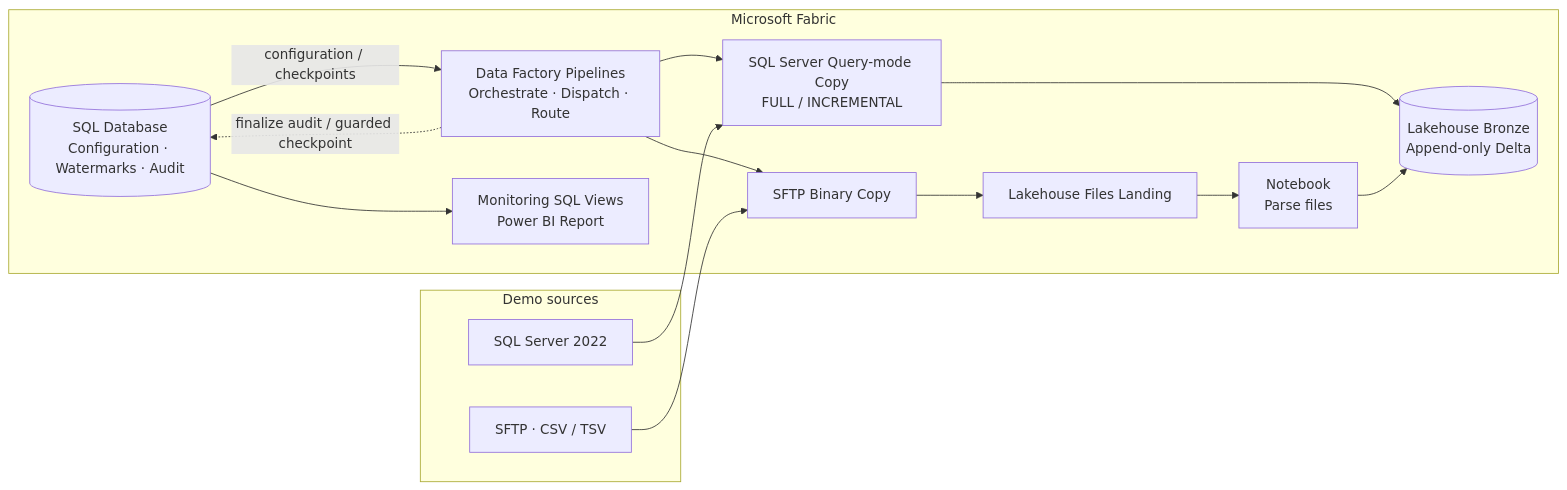
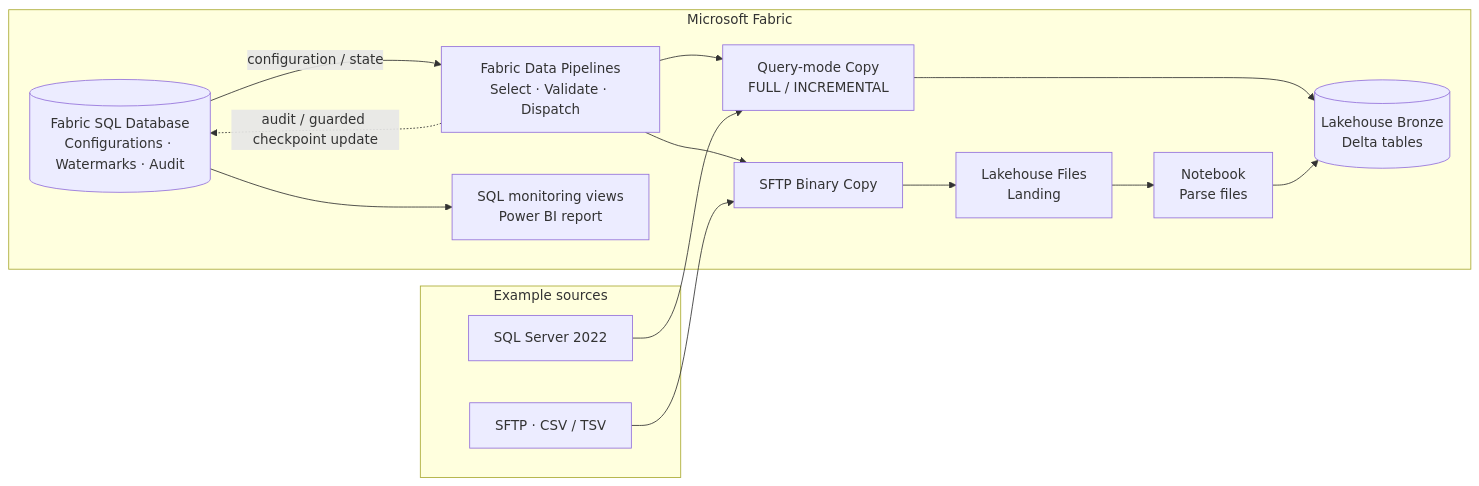
One commit to getnkit/fabric-metadata-driven-ingestion changed the diagram in README.md. Above: the diagram before and after it, drawn with Mermaid. The commit also changed other lines of this file, not shown here.

````diff
--- a/README.md
+++ b/README.md
@@ -9,24 +11,24 @@
 ```mermaid
 flowchart LR
-    subgraph SOURCES["Demo sources"]
+    subgraph SOURCES["Example sources"]
         SQL["SQL Server 2022"]
         SFTP["SFTP · CSV / TSV"]
     end
     subgraph FABRIC["Microsoft Fabric"]
-        META[("SQL Database<br/>Configuration · Watermarks · Audit")]
-        ORCH["Data Factory Pipelines<br/>Orchestrate · Dispatch · Route"]
-        DBCOPY["SQL Server Query-mode Copy<br/>FULL / INCREMENTAL"]
-        FCOPY["SFTP Binary Copy"]
-        LAND["Lakehouse Files Landing"]
+        CTRL[("Fabric SQL Database<br/>Configurations · Watermarks · Audit")]
+        PIPE["Fabric Data Pipelines<br/>Select · Validate · Dispatch"]
+        DB["Query-mode Copy<br/>FULL / INCREMENTAL"]
+        FILE["SFTP Binary Copy"]
+        LAND["Lakehouse Files<br/>Landing"]
         NB["Notebook<br/>Parse files"]
-        BRONZE[("Lakehouse Bronze<br/>Append-only Delta")]
-        MON["Monitoring SQL Views<br/>Power BI Report"]
+        BRONZE[("Lakehouse Bronze<br/>Delta tables")]
+        REPORT["SQL monitoring views<br/>Power BI report"]
     end
-    META -->|"configuration / checkpoints"| ORCH
-    ORCH --> DBCOPY
-    ORCH --> FCOPY
-    SQL --> DBCOPY --> BRONZE
-    SFTP --> FCOPY --> LAND --> NB --> BRONZE
-    ORCH -.->|"finalize audit / guarded checkpoint"| META
-    META --> MON
+    CTRL -->|"configuration / state"| PIPE
+    PIPE --> DB
+    PIPE --> FILE
+    SQL --> DB --> BRONZE
+    SFTP --> FILE --> LAND --> NB --> BRONZE
+    PIPE -.->|"audit / guarded checkpoint update"| CTRL
+    CTRL --> REPORT
 ```
````
